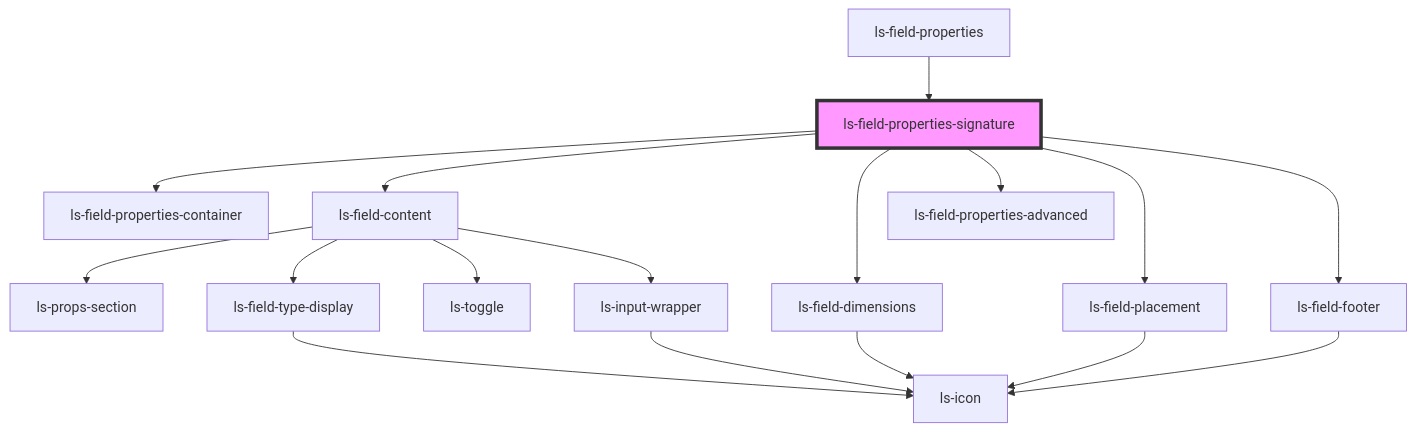
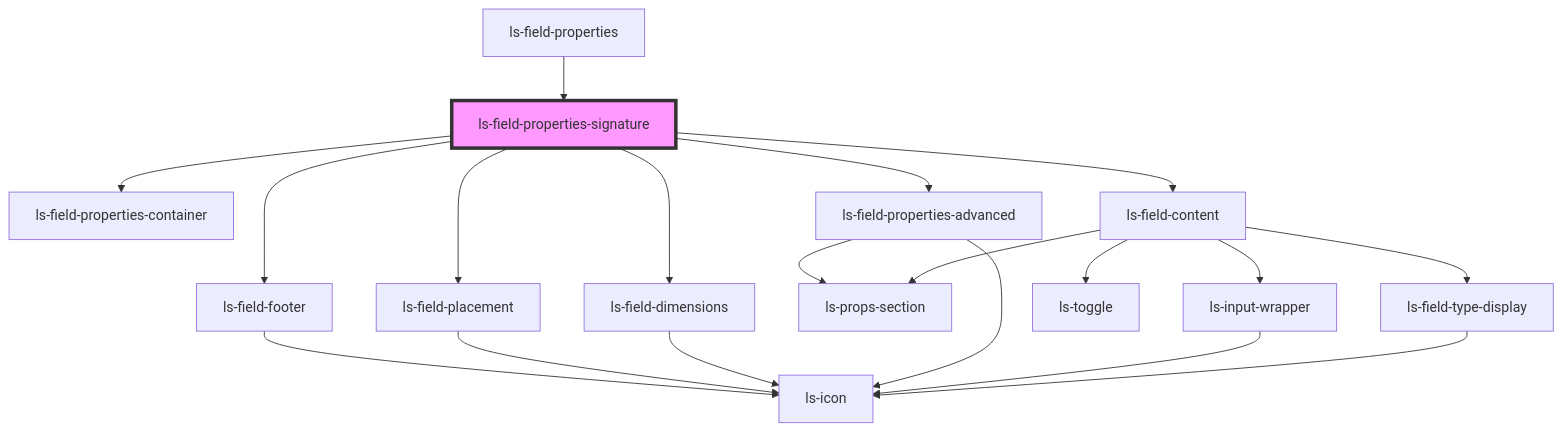
The diagram in src/components/ls-field-properties-signature/readme.md (legalesign/ls-document-viewer), drawn with Mermaid before and after one commit. The commit also changed 31 other files, not shown here.

````diff
--- a/src/components/ls-field-properties-signature/readme.md
+++ b/src/components/ls-field-properties-signature/readme.md
@@ -31,20 +31,22 @@
 ```mermaid
 graph TD;
   ls-field-properties-signature --> ls-field-properties-container
   ls-field-properties-signature --> ls-field-content
+  ls-field-properties-signature --> ls-field-properties-advanced
   ls-field-properties-signature --> ls-field-dimensions
-  ls-field-properties-signature --> ls-field-properties-advanced
   ls-field-properties-signature --> ls-field-placement
   ls-field-properties-signature --> ls-field-footer
   ls-field-content --> ls-props-section
   ls-field-content --> ls-field-type-display
   ls-field-content --> ls-toggle
   ls-field-content --> ls-input-wrapper
   ls-field-type-display --> ls-icon
   ls-input-wrapper --> ls-icon
+  ls-field-properties-advanced --> ls-icon
+  ls-field-properties-advanced --> ls-props-section
   ls-field-dimensions --> ls-icon
   ls-field-placement --> ls-icon
   ls-field-footer --> ls-icon
   ls-field-properties --> ls-field-properties-signature
   style ls-field-properties-signature fill:#f9f,stroke:#333,stroke-width:4px
 ```
````
